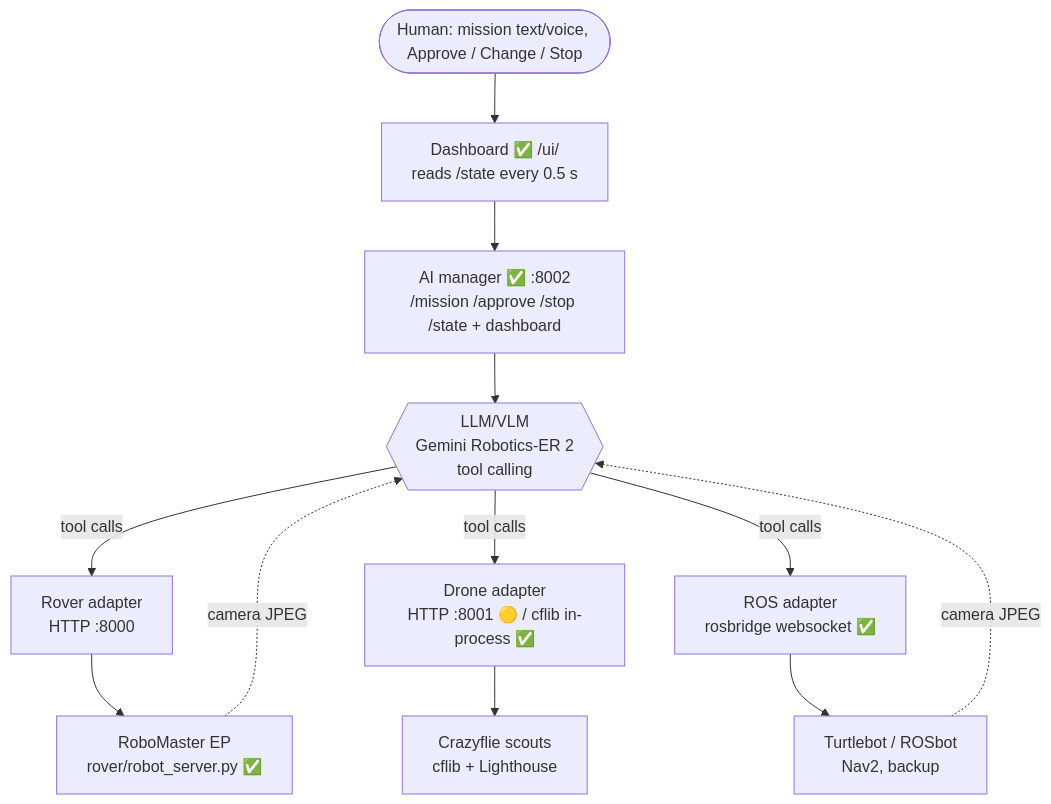
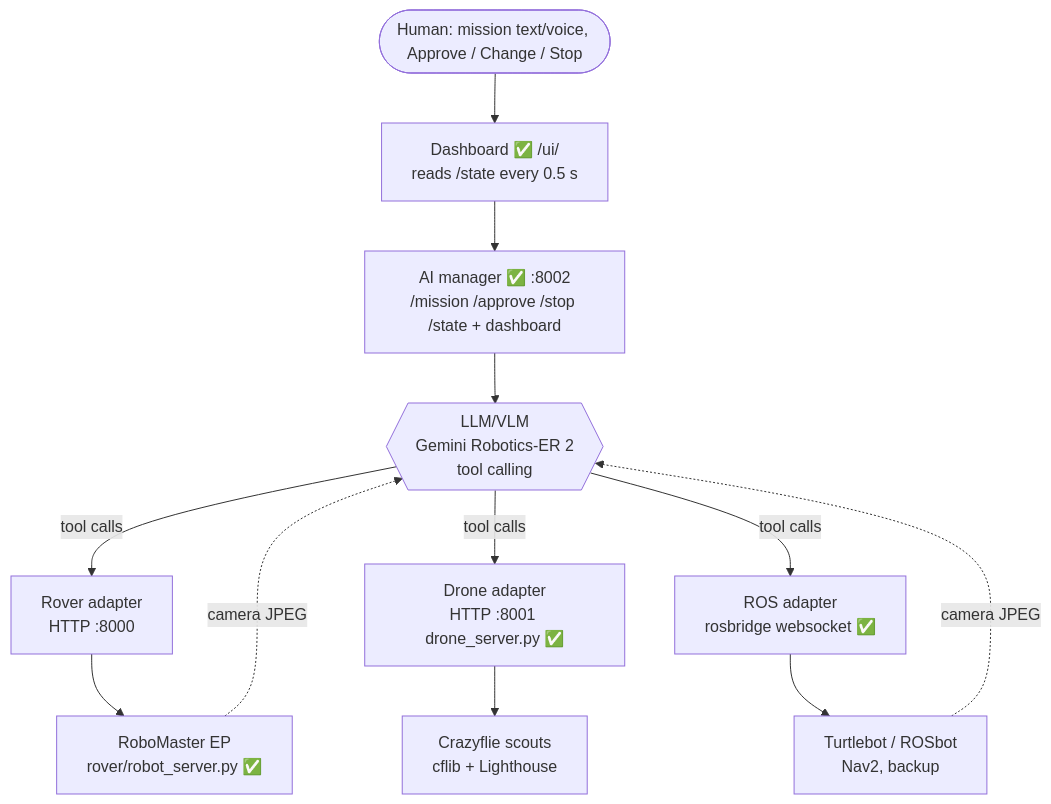
Before and after one commit to IamHetPatel/marc: the diagram in README.md, drawn with Mermaid. The commit also changed other lines of this file and 2 other files, not shown here.

````diff
--- a/README.md
+++ b/README.md
@@ -13,20 +13,20 @@
 ```mermaid
 flowchart TB
     H([Human: mission text/voice, Approve / Change / Stop])
     D[Dashboard ✅ /ui/<br/>reads /state every 0.5 s]
     M[AI manager ✅ :8002<br/>/mission /approve /stop /state + dashboard]
     L{{LLM/VLM<br/>Gemini Robotics-ER 2<br/>tool calling}}
     A1[Rover adapter<br/>HTTP :8000]
-    A2[Drone adapter<br/>HTTP :8001 🟡 / cflib in-process ✅]
+    A2[Drone adapter<br/>HTTP :8001 drone_server.py ✅]
     A3[ROS adapter<br/>rosbridge websocket ✅]
     R1[RoboMaster EP<br/>rover/robot_server.py ✅]
     R2[Crazyflie scouts<br/>cflib + Lighthouse]
     R3[Turtlebot / ROSbot<br/>Nav2, backup]
 
     H --> D --> M --> L
     L -- "tool calls" --> A1 & A2 & A3
     A1 --> R1
     A2 --> R2
     A3 --> R3
     R1 & R3 -. "camera JPEG" .-> L
 ```
````
